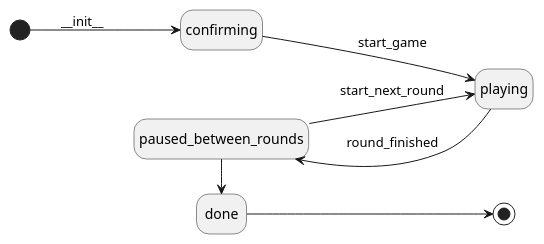
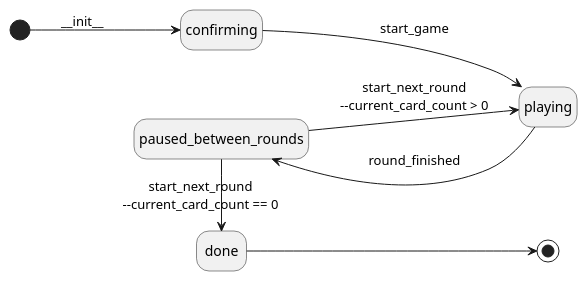
Before and after one commit to pcrama/rikiki: the second of 5 diagrams in README.org, drawn with PlantUML. The commit also changed 5 other files, not shown here.

```diff
--- a/README.org
+++ b/README.org
@@ -112,10 +112,10 @@
 #+BEGIN_SRC plantuml :file doc/models_game_state_diagram.png
   hide empty description
   left to right direction
   [*] --> confirming : _~_init~_~_
   confirming --> playing : start_game
   playing --> paused_between_rounds : round_finished
-  paused_between_rounds --> playing : start_next_round
-  paused_between_rounds -> done
+  paused_between_rounds --> playing : start_next_round\n--current_card_count > 0
+  paused_between_rounds -> done : start_next_round\n--current_card_count == 0
   done --> [*]
 #+END_SRC
```
